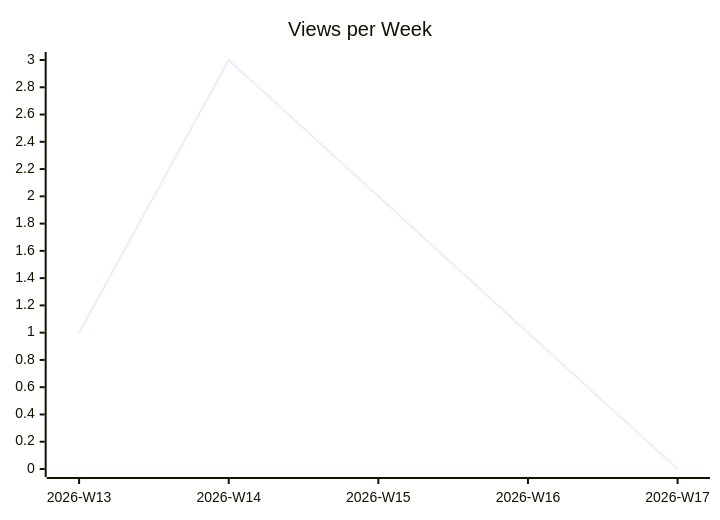
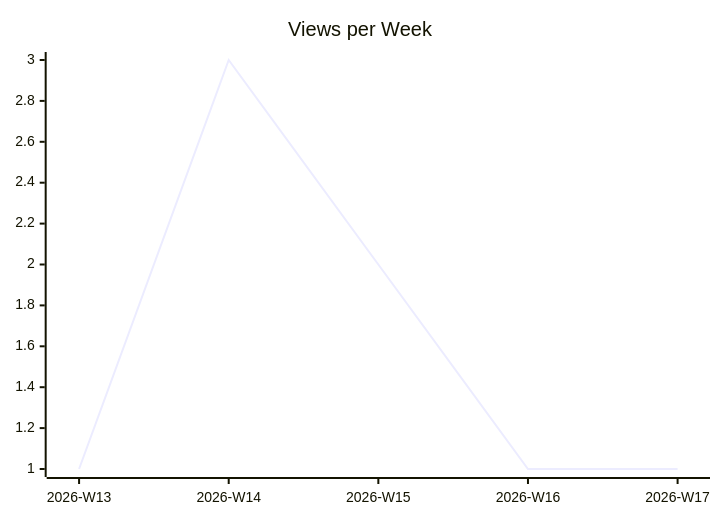
The second of 3 diagrams in karlmdavis/fhir-benchmarks/README.md (justdavis-family/github-analytics-data), drawn with Mermaid before and after one commit. The commit also changed other lines of this file and 191 other files, not shown here.

````diff
--- a/karlmdavis/fhir-benchmarks/README.md
+++ b/karlmdavis/fhir-benchmarks/README.md
@@ -12,6 +12,6 @@
 ```mermaid
 xychart-beta
   title "Views per Week"
   x-axis ["2026-W13", "2026-W14", "2026-W15", "2026-W16", "2026-W17"]
-  line [1, 3, 2, 1, 0]
+  line [1, 3, 2, 1, 1]
 ```
````
